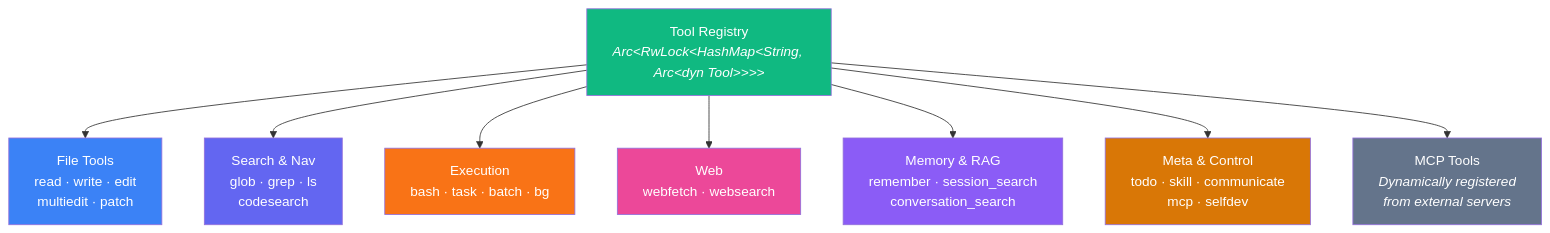
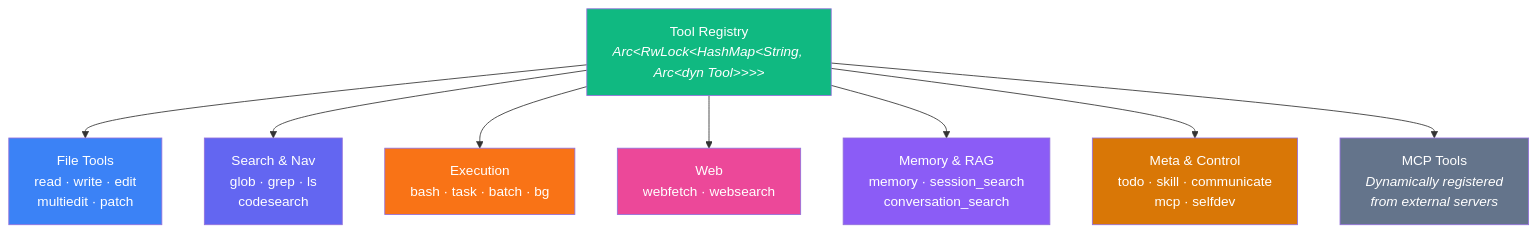
One commit to zipadoodlez/kcode changed the third of 12 diagrams in README.md. Above: the diagram before and after it, drawn with Mermaid. The commit also changed other lines of this file, not shown here.

Commit message:
Update onboarding, telemetry docs, and install flows

````diff
--- a/README.md
+++ b/README.md
@@ -284,21 +284,21 @@
 ```mermaid
 graph TB
     Registry["Tool Registry<br><i>Arc&lt;RwLock&lt;HashMap&lt;String, Arc&lt;dyn Tool&gt;&gt;&gt;&gt;</i>"]
 
     Registry --> FileTools["File Tools<br>read · write · edit<br>multiedit · patch"]
     Registry --> SearchTools["Search & Nav<br>glob · grep · ls<br>codesearch"]
     Registry --> ExecTools["Execution<br>bash · task · batch · bg"]
     Registry --> WebTools["Web<br>webfetch · websearch"]
-    Registry --> MemTools["Memory & RAG<br>remember · session_search<br>conversation_search"]
+    Registry --> MemTools["Memory & RAG<br>memory · session_search<br>conversation_search"]
     Registry --> MetaTools["Meta & Control<br>todo · skill · communicate<br>mcp · selfdev"]
     Registry --> MCPTools["MCP Tools<br><i>Dynamically registered<br>from external servers</i>"]
 
     style Registry fill:#10b981,color:#fff
     style FileTools fill:#3b82f6,color:#fff
     style SearchTools fill:#6366f1,color:#fff
     style ExecTools fill:#f97316,color:#fff
     style WebTools fill:#ec4899,color:#fff
     style MemTools fill:#8b5cf6,color:#fff
     style MetaTools fill:#d97706,color:#fff
     style MCPTools fill:#64748b,color:#fff
 ```
````
